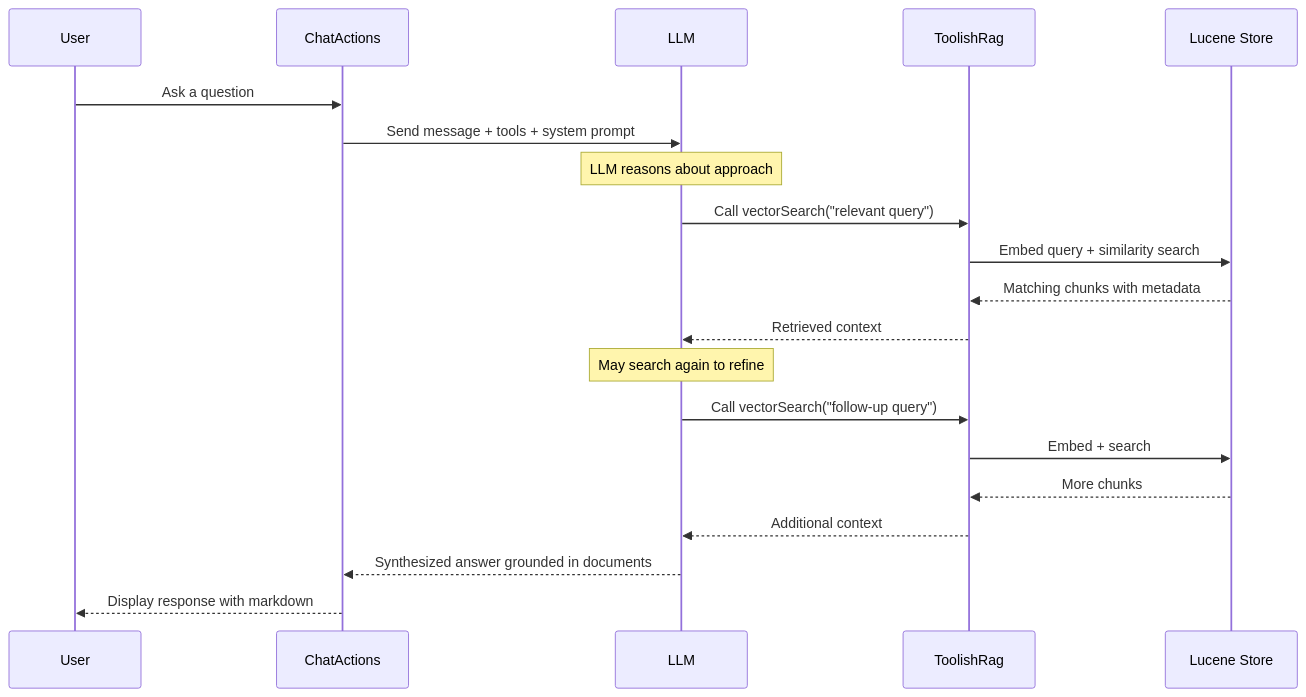
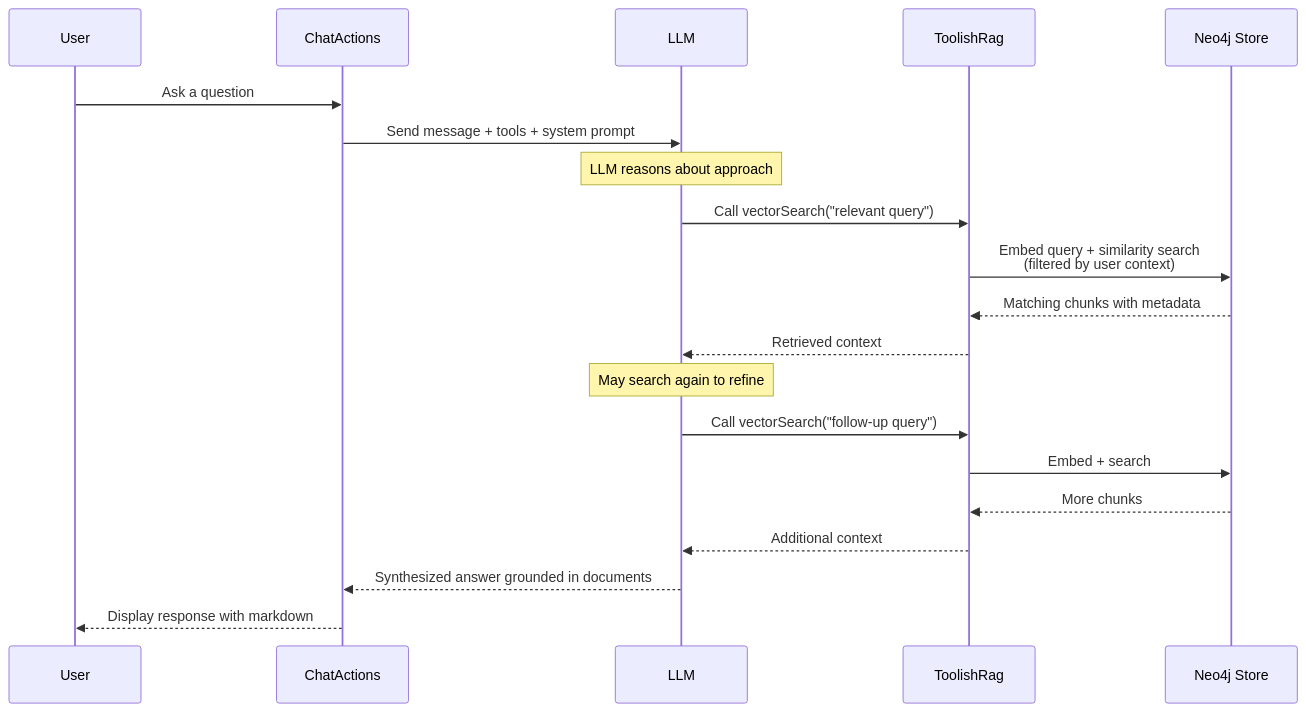
One commit to embabel/urbot changed the second of 2 diagrams in README.md. Above: the diagram before and after it, drawn with Mermaid. The commit also changed other lines of this file and 12 other files, not shown here.

````diff
--- a/README.md
+++ b/README.md
@@ -63,28 +65,28 @@
 ```mermaid
 sequenceDiagram
     participant U as User
     participant C as ChatActions
     participant L as LLM
     participant T as ToolishRag
-    participant S as Lucene Store
+    participant S as Neo4j Store
 
     U->>C: Ask a question
     C->>L: Send message + tools + system prompt
 
     Note over L: LLM reasons about approach
 
     L->>T: Call vectorSearch("relevant query")
-    T->>S: Embed query + similarity search
+    T->>S: Embed query + similarity search<br/>(filtered by user context)
     S-->>T: Matching chunks with metadata
     T-->>L: Retrieved context
 
     Note over L: May search again to refine
 
     L->>T: Call vectorSearch("follow-up query")
     T->>S: Embed + search
     S-->>T: More chunks
     T-->>L: Additional context
 
     L-->>C: Synthesized answer grounded in documents
     C-->>U: Display response with markdown
 ```
````
